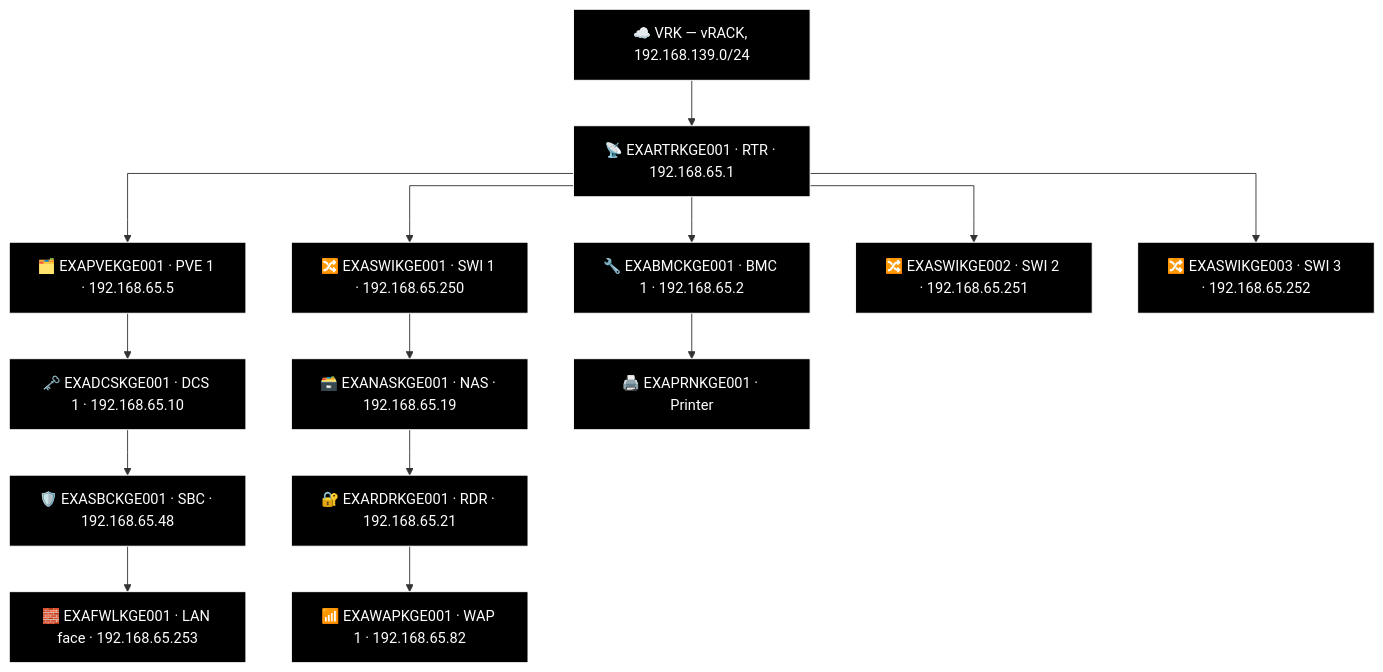
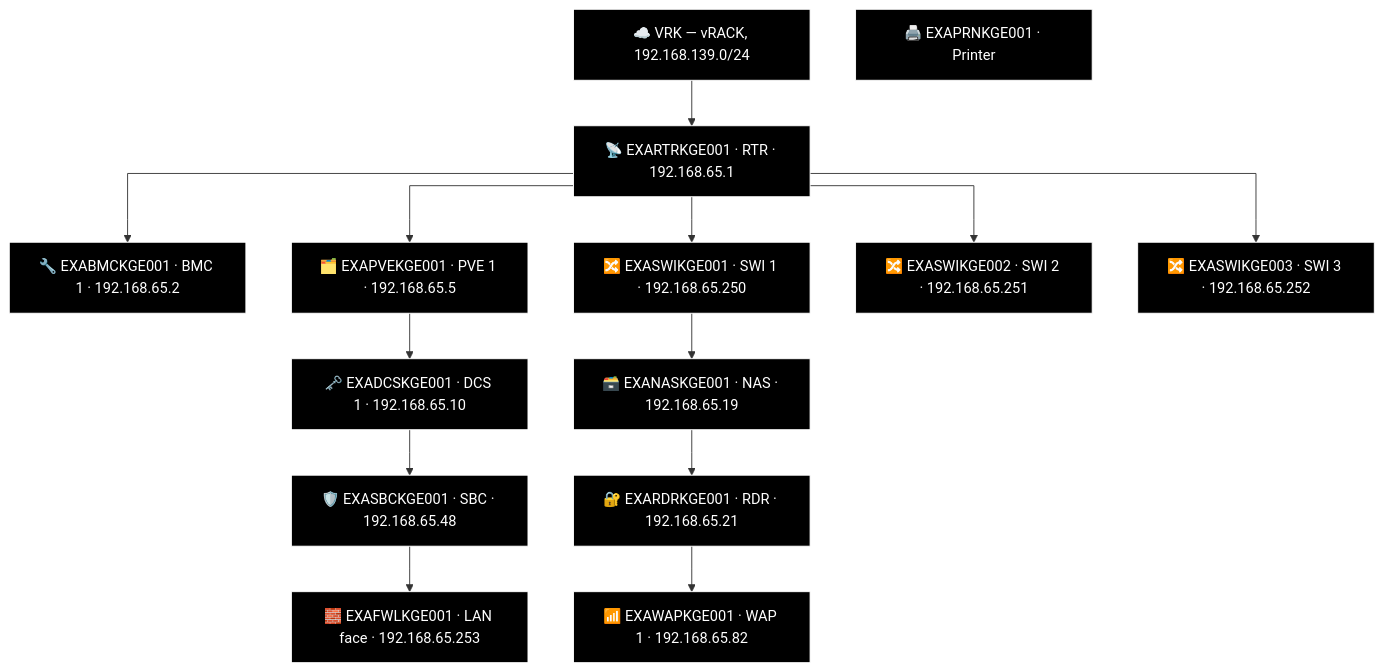
One commit to knightmare2600/example_music_infra changed the sixth of 18 diagrams in docs/network-diagram/danmark.md. Above: the diagram before and after it, drawn with Mermaid. The commit also changed other lines of this file and 8 other files, not shown here.

First line of the commit message:
generate_network_diagrams.py: port FAL's two-column "Other" bucket into the generator

````diff
--- a/docs/network-diagram/danmark.md
+++ b/docs/network-diagram/danmark.md
@@ -236,43 +234,42 @@
 ```mermaid
 %% GENERATED:TOPOLOGY:KGE:START
 %%{init: {'flowchart': {'curve': 'stepAfter'}}}%%
 graph TD
     T_VRK["☁️ VRK — vRACK, 192.168.139.0/24"]
     T_RTR["📡 EXARTRKGE001 · RTR · 192.168.65.1"]
     T_VRK --> T_RTR
     T_BMC["🔧 EXABMCKGE001 · BMC 1 · 192.168.65.2"]
     T_RTR --> T_BMC
     T_PVE["🗂️ EXAPVEKGE001 · PVE 1 · 192.168.65.5"]
     T_RTR --> T_PVE
     T_SWI["🔀 EXASWIKGE001 · SWI 1 · 192.168.65.250"]
     T_RTR --> T_SWI
     T_SWI2["🔀 EXASWIKGE002 · SWI 2 · 192.168.65.251"]
     T_RTR --> T_SWI2
     T_SWI3["🔀 EXASWIKGE003 · SWI 3 · 192.168.65.252"]
     T_RTR --> T_SWI3
     T_NAS["🗃️ EXANASKGE001 · NAS · 192.168.65.19"]
     T_RDR["🔐 EXARDRKGE001 · RDR · 192.168.65.21"]
     T_WAP["📶 EXAWAPKGE001 · WAP 1 · 192.168.65.82"]
     T_SWI --> T_NAS --> T_RDR --> T_WAP
     T_DCS["🗝️ EXADCSKGE001 · DCS 1 · 192.168.65.10"]
     T_SBC["🛡️ EXASBCKGE001 · SBC · 192.168.65.48"]
     T_FWL["🧱 EXAFWLKGE001 · LAN face · 192.168.65.253"]
     T_PVE --> T_DCS --> T_SBC --> T_FWL
     T_PRN["🖨️ EXAPRNKGE001 · Printer"]
-    T_BMC --> T_PRN
     style T_VRK fill:#000000,stroke:#FFFFFF,color:#FFFFFF
     style T_RTR fill:#000000,stroke:#FFFFFF,color:#FFFFFF
     style T_BMC fill:#000000,stroke:#FFFFFF,color:#FFFFFF
     style T_PVE fill:#000000,stroke:#FFFFFF,color:#FFFFFF
     style T_SWI fill:#000000,stroke:#FFFFFF,color:#FFFFFF
     style T_SWI2 fill:#000000,stroke:#FFFFFF,color:#FFFFFF
     style T_SWI3 fill:#000000,stroke:#FFFFFF,color:#FFFFFF
     style T_NAS fill:#000000,stroke:#FFFFFF,color:#FFFFFF
     style T_RDR fill:#000000,stroke:#FFFFFF,color:#FFFFFF
     style T_WAP fill:#000000,stroke:#FFFFFF,color:#FFFFFF
     style T_DCS fill:#000000,stroke:#FFFFFF,color:#FFFFFF
     style T_SBC fill:#000000,stroke:#FFFFFF,color:#FFFFFF
     style T_FWL fill:#000000,stroke:#FFFFFF,color:#FFFFFF
     style T_PRN fill:#000000,stroke:#FFFFFF,color:#FFFFFF
 %% GENERATED:TOPOLOGY:KGE:END
 ```
````
